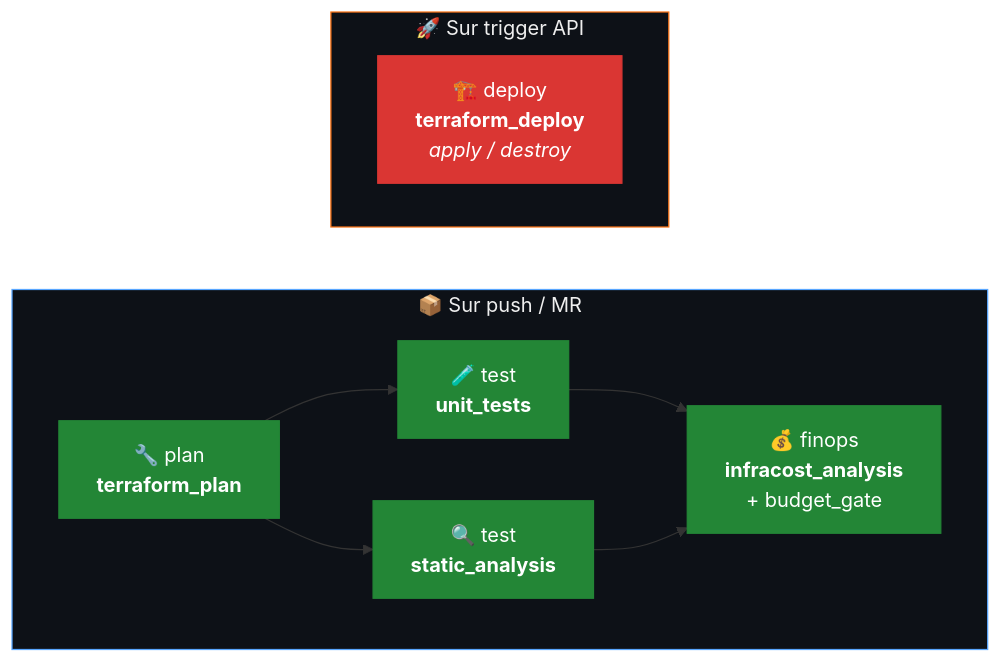
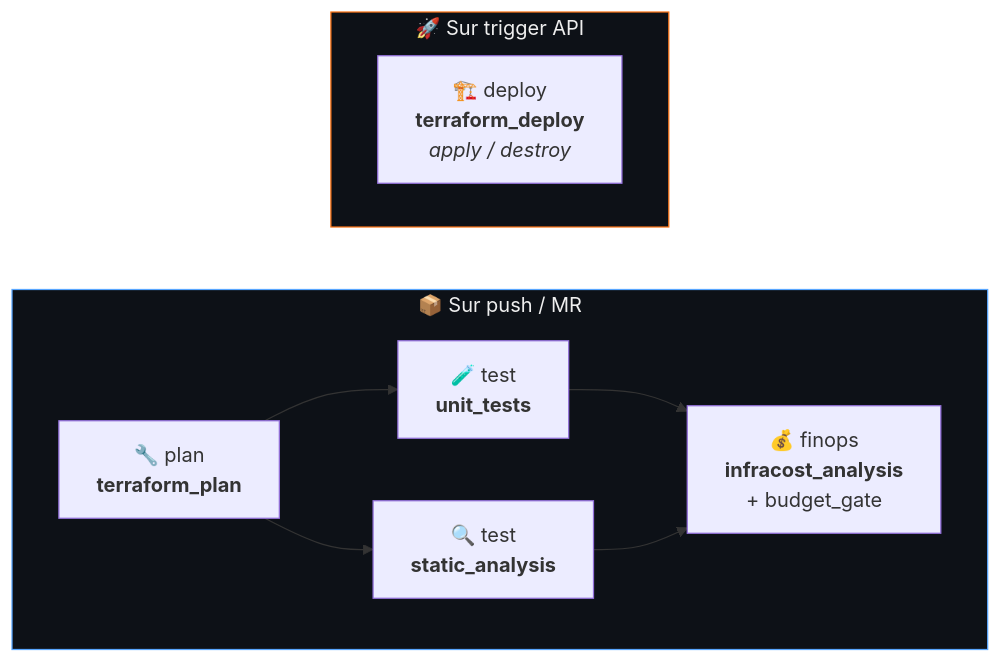
Before and after one commit to HichOps/EcoArch: the third of 6 diagrams in README.md, drawn with Mermaid. The commit also changed other lines of this file and 7 other files, not shown here.

````diff
--- a/README.md
+++ b/README.md
@@ -151,24 +225,19 @@
 ```mermaid
 graph LR
     subgraph PUSH["📦 Sur push / MR"]
         direction LR
         P1["🔧 plan<br/><b>terraform_plan</b>"]
         P2a["🧪 test<br/><b>unit_tests</b>"]
         P2b["🔍 test<br/><b>static_analysis</b>"]
         P3["💰 finops<br/><b>infracost_analysis</b><br/>+ budget_gate"]
         P1 --> P2a & P2b --> P3
     end
 
     subgraph TRIGGER["🚀 Sur trigger API"]
         direction LR
         T1["🏗️ deploy<br/><b>terraform_deploy</b><br/><i>apply / destroy</i>"]
     end
 
     style PUSH fill:#0d1117,stroke:#58a6ff,color:#eee
     style TRIGGER fill:#0d1117,stroke:#f97316,color:#eee
-    style P1 fill:#238636,stroke:#238636,color:#fff
-    style P2a fill:#238636,stroke:#238636,color:#fff
-    style P2b fill:#238636,stroke:#238636,color:#fff
-    style P3 fill:#238636,stroke:#238636,color:#fff
-    style T1 fill:#da3633,stroke:#da3633,color:#fff
 ```
````
